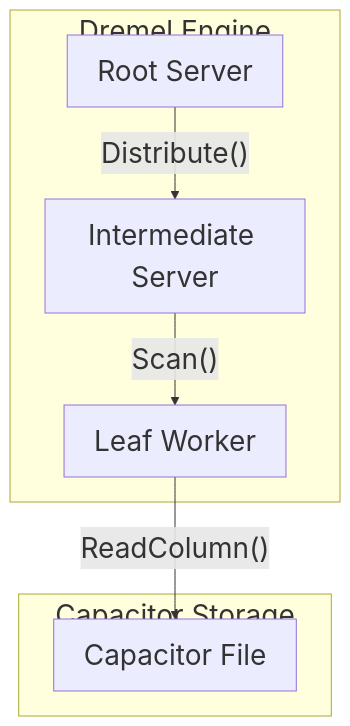
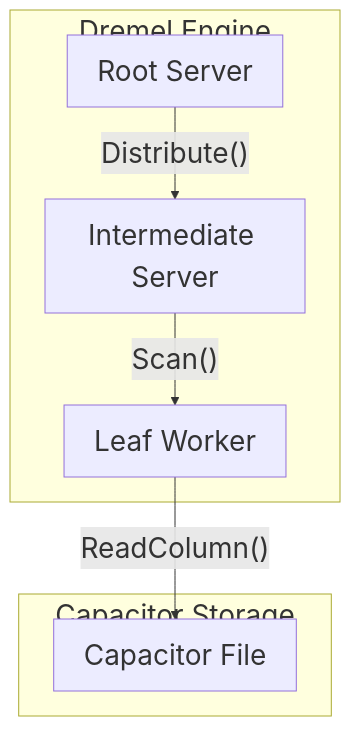
One commit to j4flmao/agent-skills changed the diagram in skills/cloud-native/gcp-bigquery/SKILL.md. Above: the diagram before and after it, drawn with Mermaid. The commit also changed 38 other files, not shown here.

Commit message:
style(skills): Use multiple br tags to pad Mermaid subgraphs to fix overlap on GitHub

````diff
--- a/skills/cloud-native/gcp-bigquery/SKILL.md
+++ b/skills/cloud-native/gcp-bigquery/SKILL.md
@@ -7,11 +7,11 @@
 ```mermaid
 %%{init: {"theme": "default", "themeVariables": {"fontSize": "28px"}, "flowchart": {"useMaxWidth": false}}}%%
 flowchart TD
-    subgraph EngineDremelEngine ["<div style='padding-bottom: 40px;'>Dremel Engine</div>"]
+    subgraph EngineDremelEngine ["Dremel Engine<br><br><br>"]
         A[Root Server] -->|"Distribute()"| B[Intermediate Server]
         B -->|"Scan()"| C[Leaf Worker]
     end
-    subgraph StorageCapacitorStorage ["<div style='padding-bottom: 40px;'>Capacitor Storage</div>"]
+    subgraph StorageCapacitorStorage ["Capacitor Storage<br><br><br>"]
         C -->|"ReadColumn()"| D[Capacitor File]
     end
 ```
````
